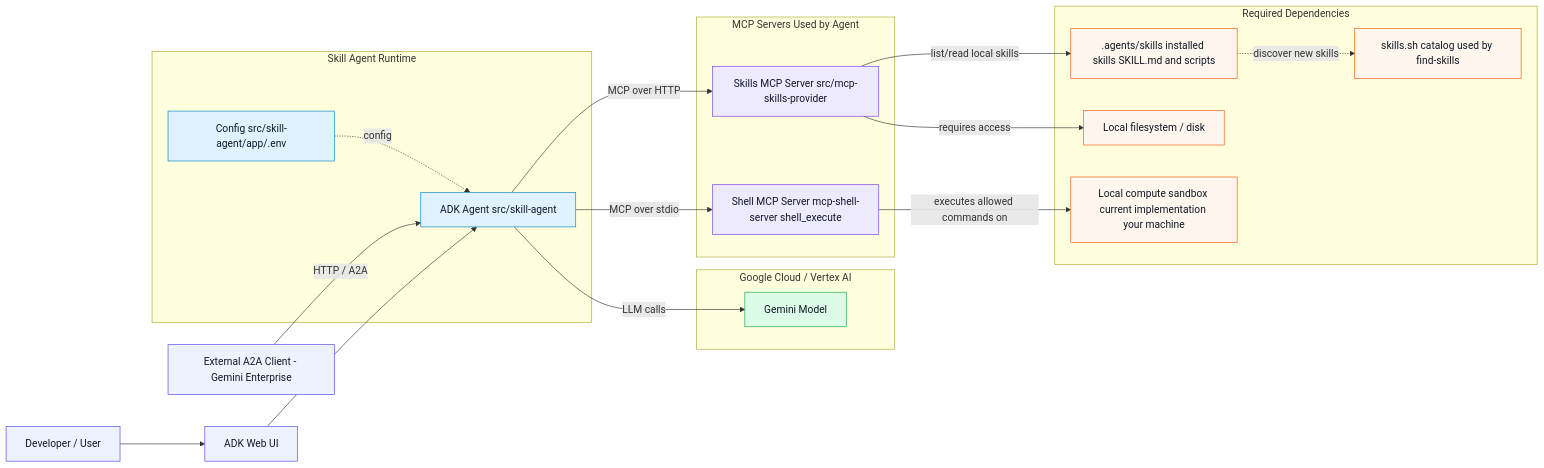
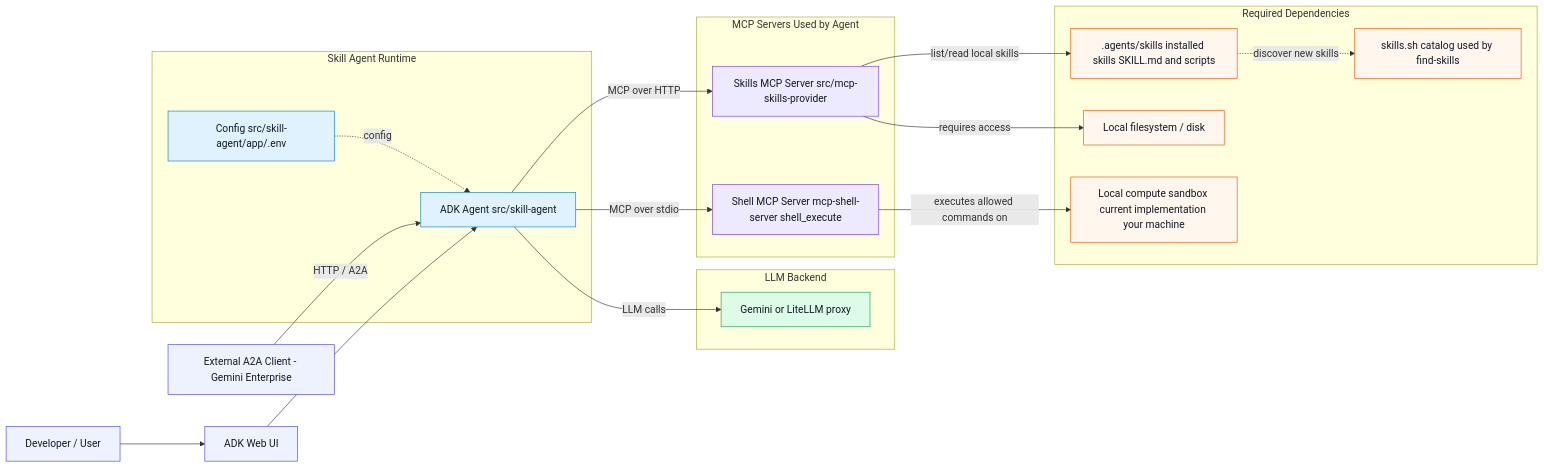
One commit to se02035/skilled-adk-agents changed the diagram in README.md. Above: the diagram before and after it, drawn with Mermaid. The commit also changed other lines of this file and 4 other files, not shown here.

````diff
--- a/README.md
+++ b/README.md
@@ -20,51 +20,51 @@
 ```mermaid
 flowchart LR
     U[Developer / User]
     ADKWeb[ADK Web UI]
     A2AClient[External A2A Client - Gemini Enterprise]
 
     subgraph AgentRuntime[Skill Agent Runtime]
         SA[ADK Agent src/skill-agent]
         ENV[Config src/skill-agent/app/.env]
     end
 
     subgraph MCPServers[MCP Servers Used by Agent]
         SkillsMCP[Skills MCP Server src/mcp-skills-provider]
         ShellMCP[Shell MCP Server mcp-shell-server shell_execute]
     end
 
     subgraph Dependencies[Required Dependencies]
         FS[Local filesystem / disk]
         Compute[Local compute sandbox current implementation your machine]
         SkillsRepo[skills.sh catalog used by find-skills]
         SKILLS[.agents/skills installed skills SKILL.md and scripts]
     end
 
-    subgraph Cloud[Google Cloud / Vertex AI]
-        MODEL[Gemini Model]
+    subgraph Cloud[LLM Backend]
+        MODEL["Gemini or LiteLLM proxy"]
     end
 
     U --> ADKWeb
     ADKWeb --> SA
     A2AClient -->|HTTP / A2A| SA
     ENV -. config .-> SA
     SA -->|MCP over HTTP| SkillsMCP
     SA -->|MCP over stdio| ShellMCP
     SkillsMCP -->|list/read local skills| SKILLS
     SkillsMCP -->|requires access| FS
     ShellMCP -->|executes allowed commands on| Compute
     SKILLS -. discover new skills .-> SkillsRepo
     SA -->|LLM calls| MODEL
 
     classDef entry fill:#eef2ff,stroke:#4f46e5,stroke-width:1px,color:#111827;
     classDef runtime fill:#e0f2fe,stroke:#0284c7,stroke-width:1px,color:#111827;
     classDef mcp fill:#ede9fe,stroke:#7c3aed,stroke-width:1px,color:#111827;
     classDef deps fill:#fff7ed,stroke:#ea580c,stroke-width:1px,color:#111827;
     classDef cloud fill:#dcfce7,stroke:#16a34a,stroke-width:1px,color:#111827;
 
     class U,ADKWeb,A2AClient entry;
     class SA,ENV runtime;
     class SkillsMCP,ShellMCP mcp;
     class FS,Compute,SkillsRepo,SKILLS deps;
     class MODEL cloud;
 ```
````
